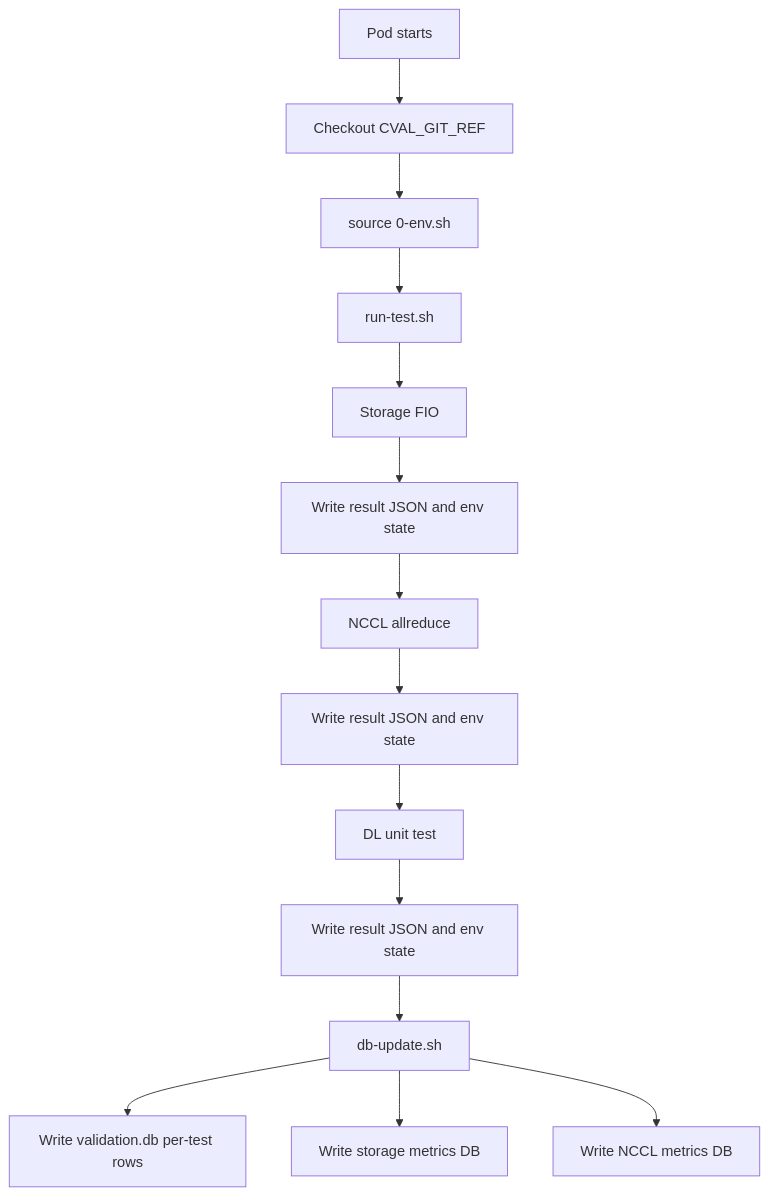
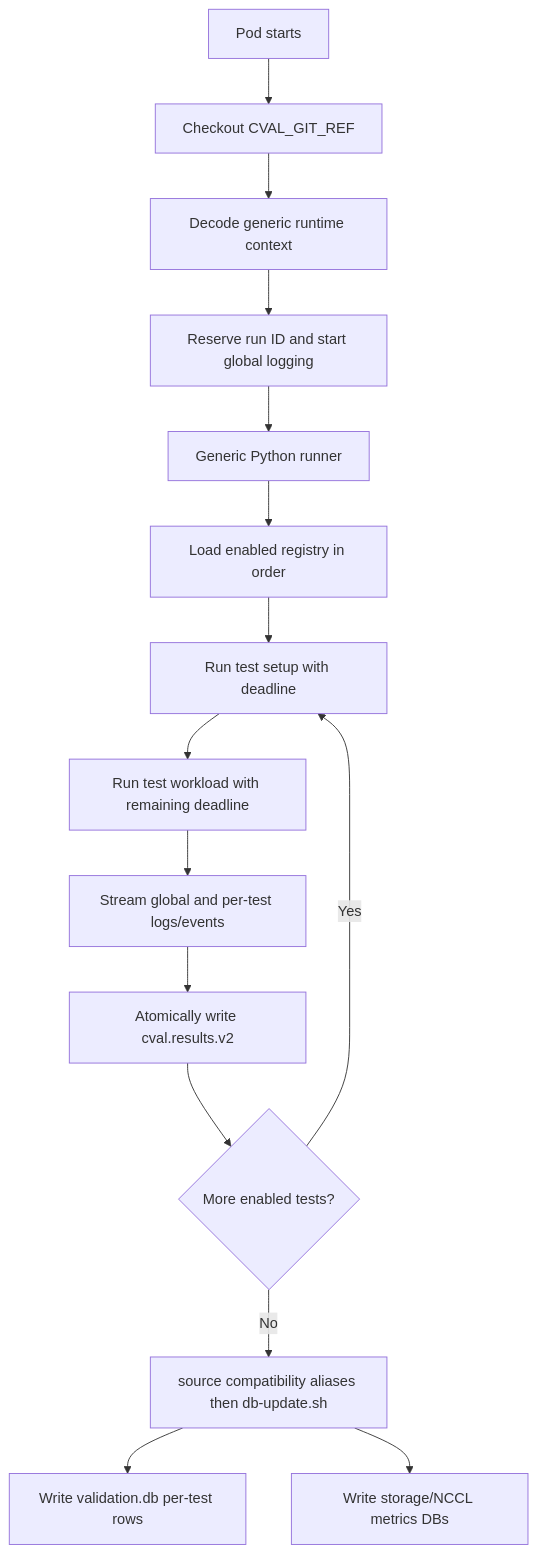
Before and after one commit to IamNirmata/c-val: the fourth of 5 diagrams in docs/workflow.md, drawn with Mermaid. The commit also changed other lines of this file and 113 other files, not shown here.

````diff
--- a/docs/workflow.md
+++ b/docs/workflow.md
@@ -87,16 +87,17 @@
 ```mermaid
 flowchart TD
     A[Pod starts] --> B[Checkout CVAL_GIT_REF]
-    B --> C[source 0-env.sh]
-    C --> D[run-test.sh]
-    D --> E[Storage FIO]
-    E --> F[Write result JSON and env state]
-    F --> G[NCCL allreduce]
-    G --> H[Write result JSON and env state]
-    H --> I[DL unit test]
-    I --> J[Write result JSON and env state]
-    J --> K[db-update.sh]
-    K --> L[Write validation.db per-test rows]
-    K --> M[Write storage metrics DB]
-    K --> N[Write NCCL metrics DB]
+    B --> C[Decode generic runtime context]
+    C --> D[Reserve run ID and start global logging]
+    D --> E[Generic Python runner]
+    E --> F[Load enabled registry in order]
+    F --> G[Run test setup with deadline]
+    G --> H[Run test workload with remaining deadline]
+    H --> I[Stream global and per-test logs/events]
+    I --> J[Atomically write cval.results.v2]
+    J --> K{More enabled tests?}
+    K -- Yes --> G
+    K -- No --> L[source compatibility aliases then db-update.sh]
+    L --> M[Write validation.db per-test rows]
+    L --> N[Write storage/NCCL metrics DBs]
 ```
````
